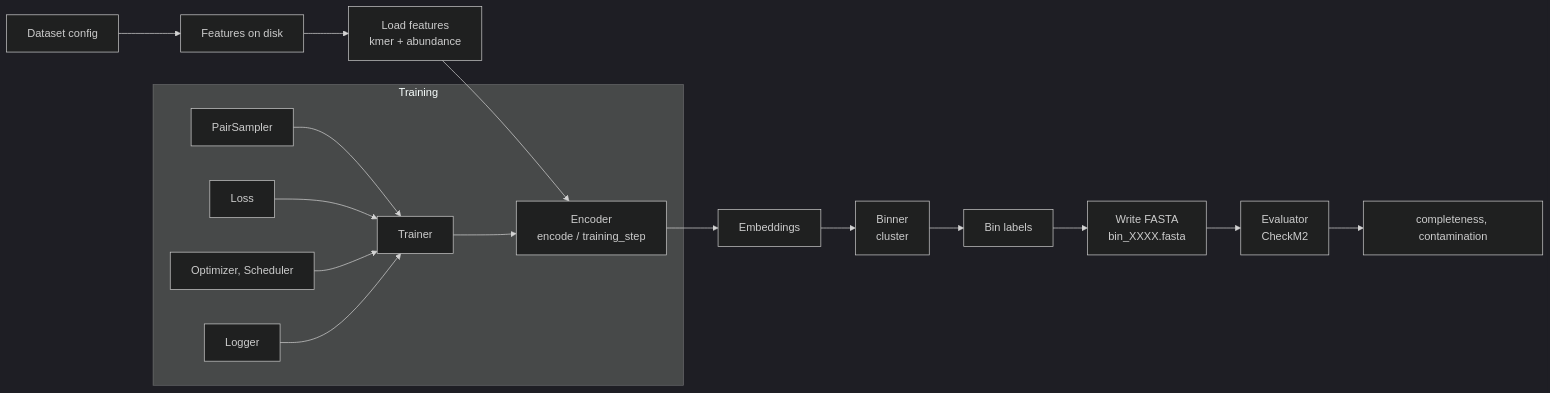
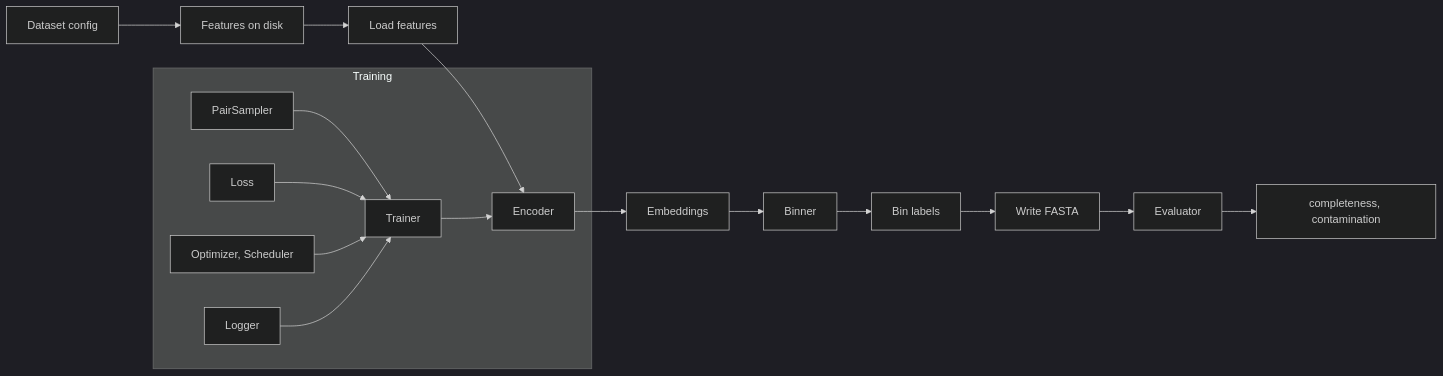
The diagram in docs/03-architecture/pipeline-overview.md (Tinnifo/MegoBin), drawn with Mermaid (dark theme) before and after one commit. The commit also changed other lines of this file and 20 other files, not shown here.

````diff
--- a/docs/03-architecture/pipeline-overview.md
+++ b/docs/03-architecture/pipeline-overview.md
@@ -7,20 +7,20 @@
 ```mermaid
 flowchart LR
   A[Dataset config] --> B[Features on disk]
-  B --> C[Load features<br/>kmer + abundance]
-  C --> D[Encoder<br/>encode / training_step]
+  B --> C[Load features]
+  C --> D[Encoder]
   D --> E[Embeddings]
-  E --> F[Binner<br/>cluster]
+  E --> F[Binner]
   F --> G[Bin labels]
-  G --> H[Write FASTA<br/>bin_XXXX.fasta]
-  H --> I[Evaluator<br/>CheckM2]
+  G --> H[Write FASTA]
+  H --> I[Evaluator]
   I --> J[completeness, contamination]
 
   subgraph Training
     K[PairSampler] --> L[Trainer]
     L --> D
     M[Loss] --> L
     N[Optimizer, Scheduler] --> L
     O[Logger] --> L
   end
 ```
````
